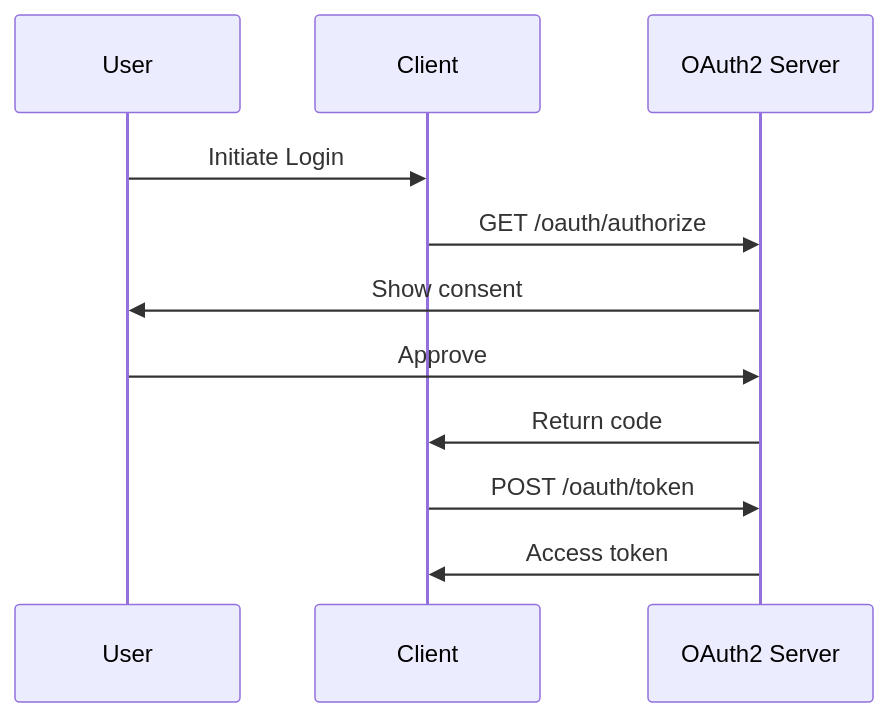
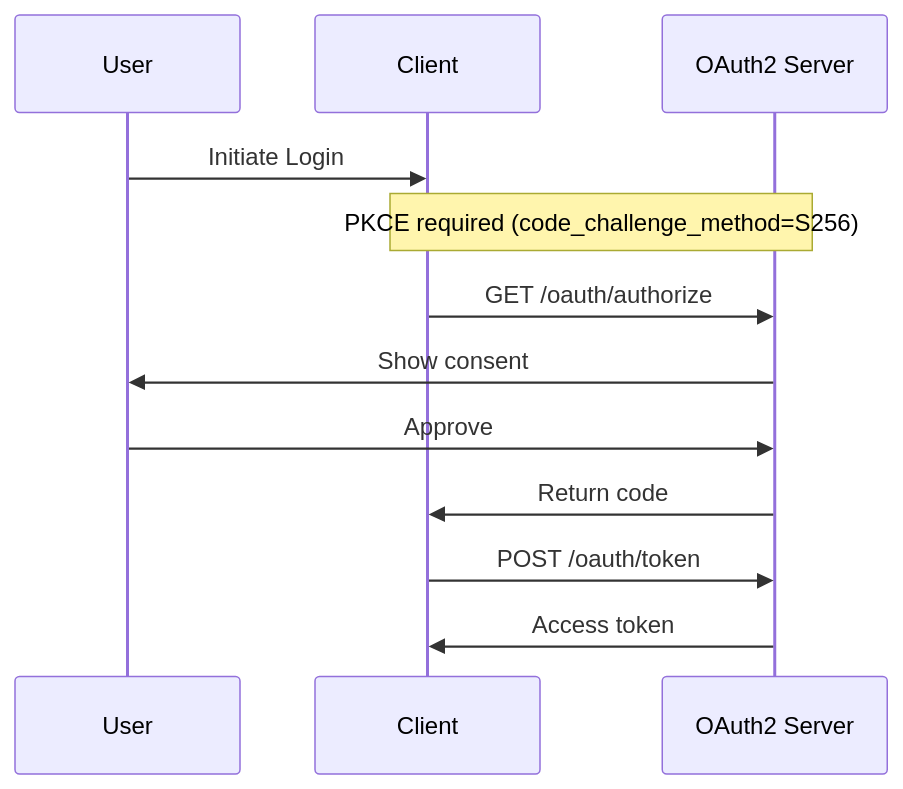
Before and after one commit to ianlintner/rust_oauth2: the third of 5 diagrams in docs/index.md, drawn with Mermaid. The commit also changed other lines of this file and 21 other files, not shown here.

First line of the commit message:
Implement PKCE support and enhance OAuth2 security measures & 2.1 support (#44)

````diff
--- a/docs/index.md
+++ b/docs/index.md
@@ -96,14 +96,15 @@
 ```mermaid
 sequenceDiagram
     participant User
     participant Client
     participant OAuth2 as OAuth2 Server
-    
+
     User->>Client: Initiate Login
+  Note over Client,OAuth2: PKCE required (code_challenge_method=S256)
     Client->>OAuth2: GET /oauth/authorize
     OAuth2->>User: Show consent
     User->>OAuth2: Approve
     OAuth2->>Client: Return code
     Client->>OAuth2: POST /oauth/token
     OAuth2->>Client: Access token
 ```
````
